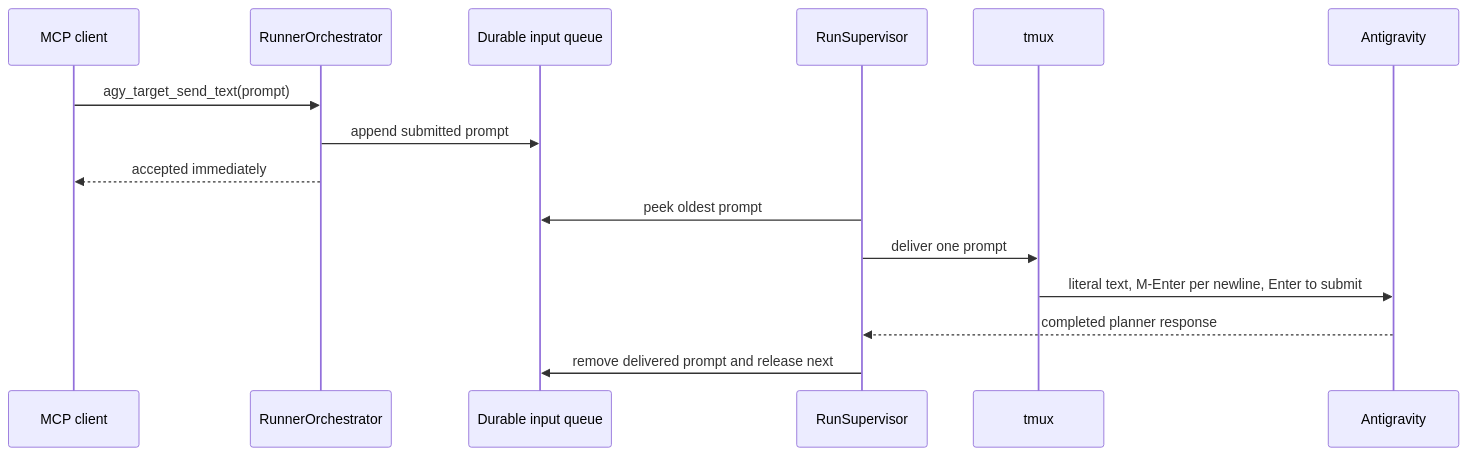
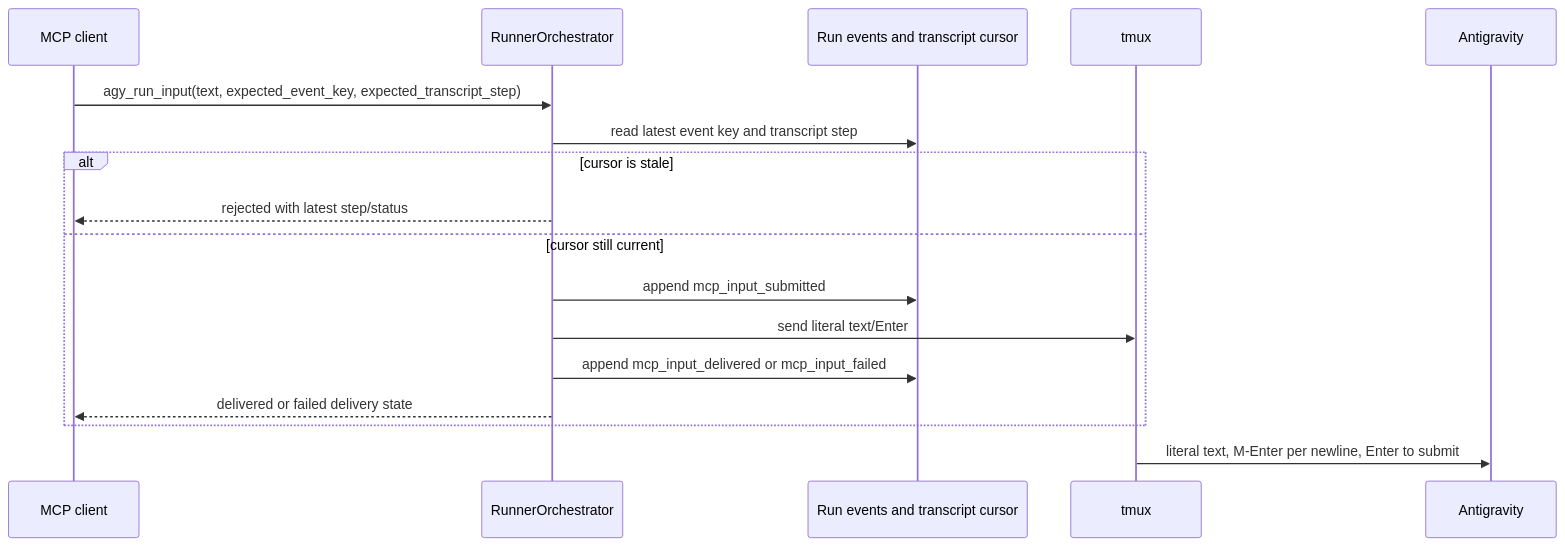
The second of 3 diagrams in docs/ARCHITECTURE.md (varadfromeast/codex-agy-bridge), drawn with Mermaid before and after one commit. The commit also changed other lines of this file and 29 other files, not shown here.

````diff
--- a/docs/ARCHITECTURE.md
+++ b/docs/ARCHITECTURE.md
@@ -81,18 +81,20 @@
 ```mermaid
 sequenceDiagram
     participant C as MCP client
     participant O as RunnerOrchestrator
-    participant Q as Durable input queue
-    participant S as RunSupervisor
+    participant E as Run events and transcript cursor
     participant T as tmux
     participant A as Antigravity
 
-    C->>O: agy_target_send_text(prompt)
-    O->>Q: append submitted prompt
-    O-->>C: accepted immediately
-    S->>Q: peek oldest prompt
-    S->>T: deliver one prompt
+    C->>O: agy_run_input(text, expected_event_key, expected_transcript_step)
+    O->>E: read latest event key and transcript step
+    alt cursor is stale
+        O-->>C: rejected with latest step/status
+    else cursor still current
+        O->>E: append mcp_input_submitted
+        O->>T: send literal text/Enter
+        O->>E: append mcp_input_delivered or mcp_input_failed
+        O-->>C: delivered or failed delivery state
+    end
     T->>A: literal text, M-Enter per newline, Enter to submit
-    A-->>S: completed planner response
-    S->>Q: remove delivered prompt and release next
 ```
````
